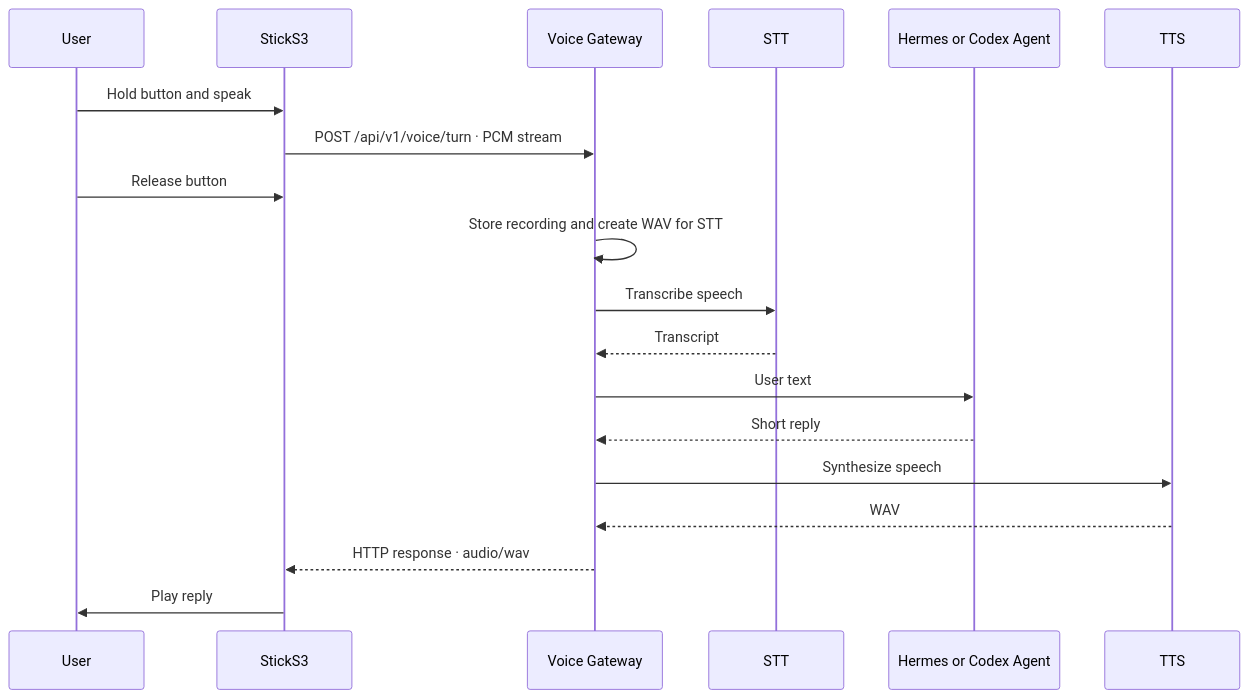
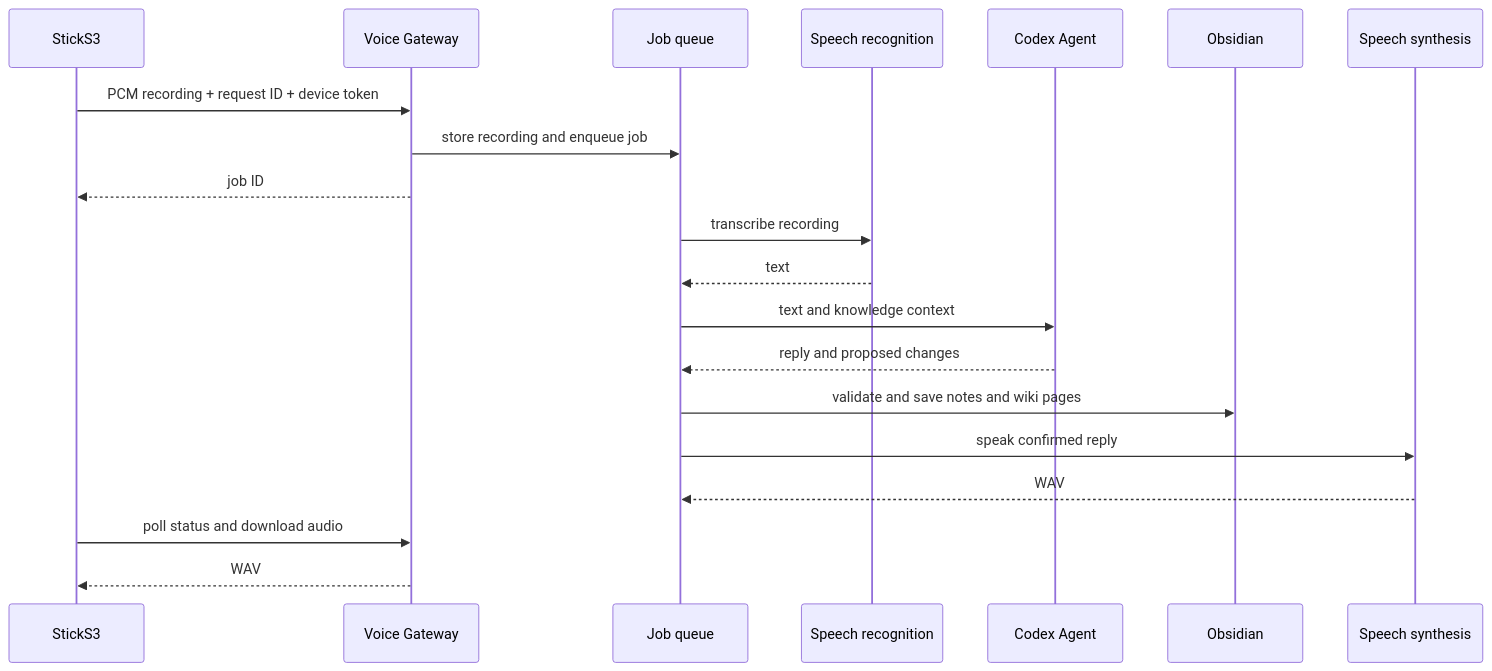
Before and after one commit to pastukhov/zateya: the second of 2 diagrams in docs/en/architecture.md, drawn with Mermaid. The commit also changed other lines of this file and 42 other files, not shown here.

Commit message:
refactor: use one unversioned voice API and current Zateya docs

````diff
--- a/docs/en/architecture.md
+++ b/docs/en/architecture.md
@@ -42,21 +28,22 @@
 ```mermaid
 sequenceDiagram
-    participant U as User
     participant D as StickS3
     participant G as Voice Gateway
-    participant S as STT
-    participant A as Hermes or Codex Agent
-    participant T as TTS
-    U->>D: Hold button and speak
-    D->>G: POST /api/v1/voice/turn · PCM stream
-    U->>D: Release button
-    G->>G: Store recording and create WAV for STT
-    G->>S: Transcribe speech
-    S-->>G: Transcript
-    G->>A: User text
-    A-->>G: Short reply
-    G->>T: Synthesize speech
-    T-->>G: WAV
-    G-->>D: HTTP response · audio/wav
-    D->>U: Play reply
+    participant Q as Job queue
+    participant S as Speech recognition
+    participant C as Codex Agent
+    participant O as Obsidian
+    participant T as Speech synthesis
+    D->>G: PCM recording + request ID + device token
+    G->>Q: store recording and enqueue job
+    G-->>D: job ID
+    Q->>S: transcribe recording
+    S-->>Q: text
+    Q->>C: text and knowledge context
+    C-->>Q: reply and proposed changes
+    Q->>O: validate and save notes and wiki pages
+    Q->>T: speak confirmed reply
+    T-->>Q: WAV
+    D->>G: poll status and download audio
+    G-->>D: WAV
 ```
````
